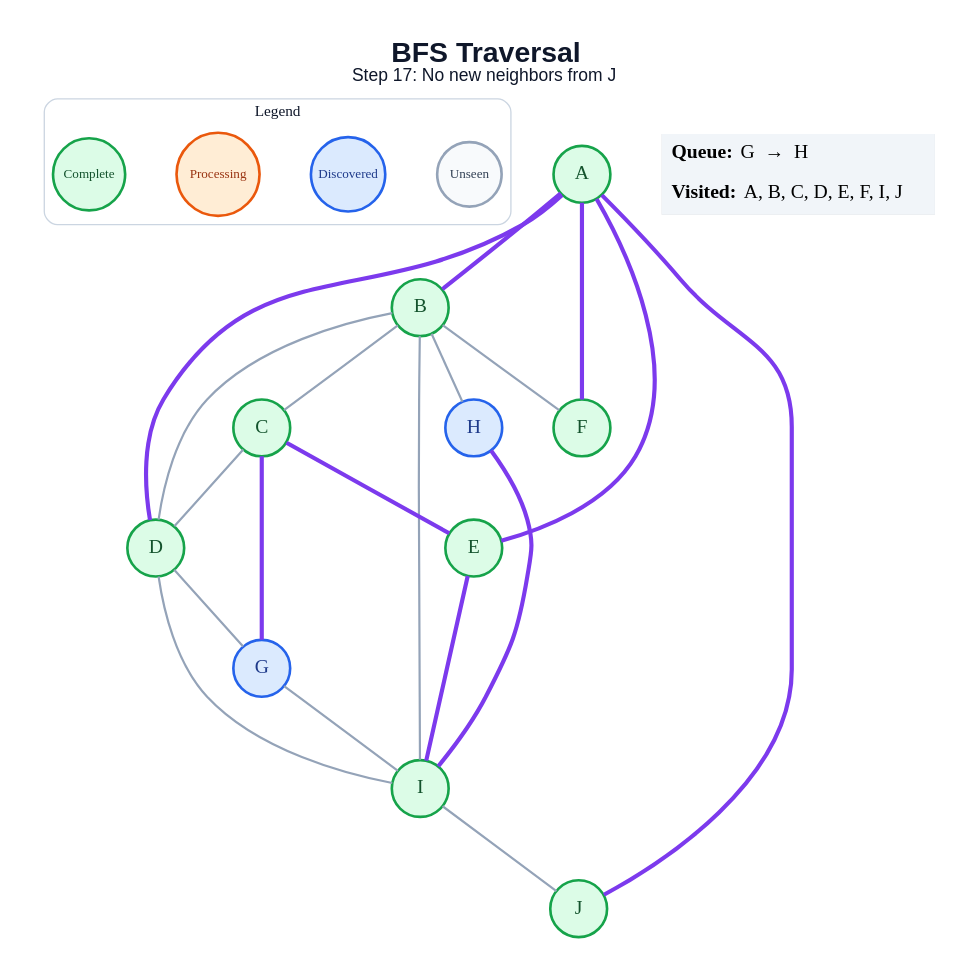
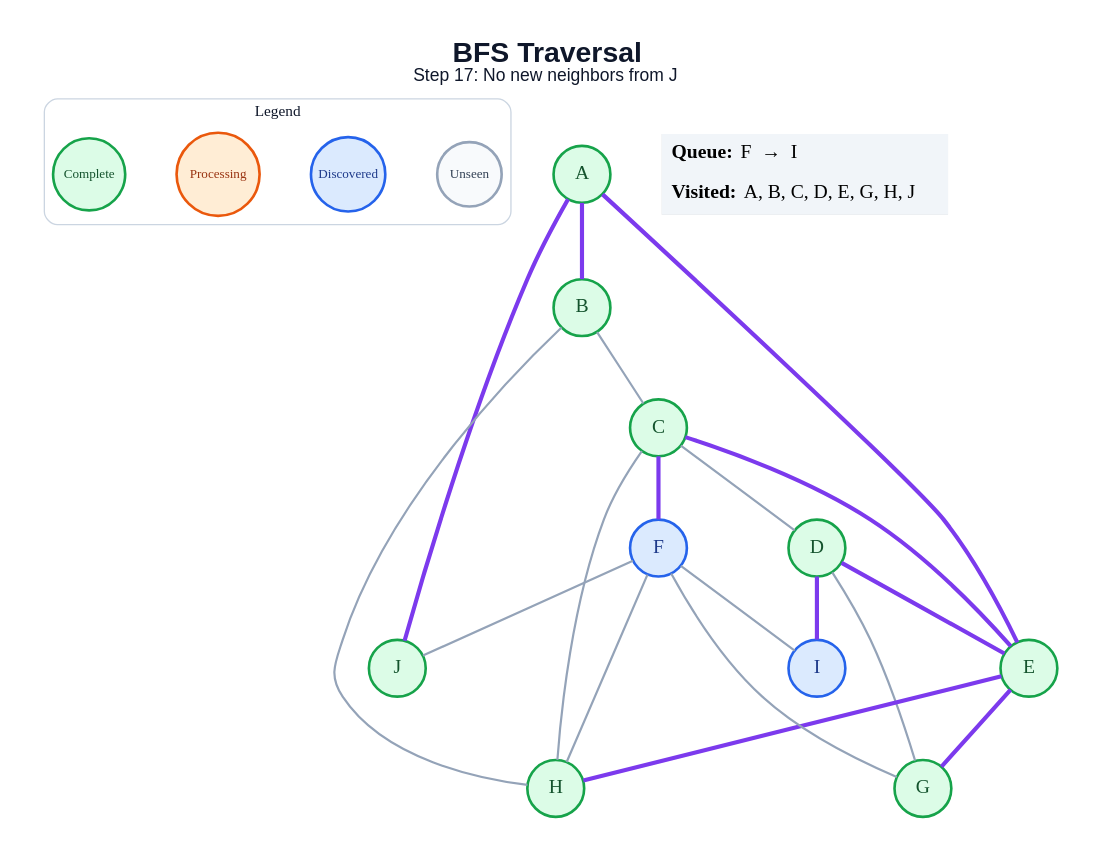
One commit to amanghodawala9/ai-slop changed the diagram in generated/specific-node/bfs/step_17.dot. Above: the diagram before and after it, drawn with Graphviz. The commit also changed 178 other files, not shown here.

```diff
--- a/generated/specific-node/bfs/step_17.dot
+++ b/generated/specific-node/bfs/step_17.dot
@@ -1,48 +1,47 @@
 graph traversal {
   graph [layout=dot, rankdir=TB, bgcolor="#FFFFFF", pad="0.35", nodesep="0.65", ranksep="0.8", fontname="Arial"];
   node [shape=circle, style="filled", fontname="Arial Bold", fontsize=18, width=0.72, fixedsize=true, penwidth=2.4];
   edge [color="#94A3B8", penwidth=2.0];
   label=<<B>BFS Traversal</B><BR/><FONT POINT-SIZE="16">Step 17: No new neighbors from J</FONT>>; labelloc="t"; fontsize=26; fontname="Arial"; fontcolor="#0F172A";
   subgraph cluster_legend { label="Legend"; color="#CBD5E1"; penwidth=1.2; style="rounded"; fontsize=14; fontname="Arial Bold";
     key_unseen [label="Unseen", fillcolor="#F8FAFC", color="#94A3B8", fontcolor="#334155", fontsize=12, width=0.82];
     key_frontier [label="Discovered", fillcolor="#DBEAFE", color="#2563EB", fontcolor="#1E3A8A", fontsize=12, width=0.95];
     key_current [label="Processing", fillcolor="#FFEDD5", color="#EA580C", fontcolor="#9A3412", fontsize=12, width=1.05];
     key_done [label="Complete", fillcolor="#DCFCE7", color="#16A34A", fontcolor="#14532D", fontsize=12, width=0.92];
     { rank=same; key_unseen; key_frontier; key_current; key_done; }
   }
   A [fillcolor="#DCFCE7", color="#16A34A", fontcolor="#14532D"];
   B [fillcolor="#DCFCE7", color="#16A34A", fontcolor="#14532D"];
   C [fillcolor="#DCFCE7", color="#16A34A", fontcolor="#14532D"];
   D [fillcolor="#DCFCE7", color="#16A34A", fontcolor="#14532D"];
   E [fillcolor="#DCFCE7", color="#16A34A", fontcolor="#14532D"];
-  F [fillcolor="#DCFCE7", color="#16A34A", fontcolor="#14532D"];
-  G [fillcolor="#DBEAFE", color="#2563EB", fontcolor="#1E3A8A"];
-  H [fillcolor="#DBEAFE", color="#2563EB", fontcolor="#1E3A8A"];
-  I [fillcolor="#DCFCE7", color="#16A34A", fontcolor="#14532D"];
+  F [fillcolor="#DBEAFE", color="#2563EB", fontcolor="#1E3A8A"];
+  G [fillcolor="#DCFCE7", color="#16A34A", fontcolor="#14532D"];
+  H [fillcolor="#DCFCE7", color="#16A34A", fontcolor="#14532D"];
+  I [fillcolor="#DBEAFE", color="#2563EB", fontcolor="#1E3A8A"];
   J [fillcolor="#DCFCE7", color="#16A34A", fontcolor="#14532D"];
   A -- B [color="#7C3AED", penwidth=3.8];
-  A -- D [color="#7C3AED", penwidth=3.8];
   A -- E [color="#7C3AED", penwidth=3.8];
-  A -- F [color="#7C3AED", penwidth=3.8];
   A -- J [color="#7C3AED", penwidth=3.8];
   B -- C;
-  B -- D;
-  B -- F;
   B -- H;
-  B -- I;
   C -- D;
   C -- E [color="#7C3AED", penwidth=3.8];
-  C -- G [color="#7C3AED", penwidth=3.8];
+  C -- F [color="#7C3AED", penwidth=3.8];
+  C -- H;
+  D -- E [color="#7C3AED", penwidth=3.8];
   D -- G;
-  D -- I;
-  E -- I [color="#7C3AED", penwidth=3.8];
-  G -- I;
-  H -- I [color="#7C3AED", penwidth=3.8];
-  I -- J;
+  D -- I [color="#7C3AED", penwidth=3.8];
+  E -- G [color="#7C3AED", penwidth=3.8];
+  E -- H [color="#7C3AED", penwidth=3.8];
+  F -- G;
+  F -- H;
+  F -- I;
+  F -- J;
   status [shape=plain, fixedsize=false, width=0, height=0, margin=0, label=<
     <TABLE BORDER="0" CELLBORDER="0" CELLPADDING="7" BGCOLOR="#F1F5F9">
-      <TR><TD ALIGN="LEFT"><B>Queue:</B> G  →  H</TD></TR>
-      <TR><TD ALIGN="LEFT"><B>Visited:</B> A, B, C, D, E, F, I, J</TD></TR>
+      <TR><TD ALIGN="LEFT"><B>Queue:</B> F  →  I</TD></TR>
+      <TR><TD ALIGN="LEFT"><B>Visited:</B> A, B, C, D, E, G, H, J</TD></TR>
     </TABLE>
   >];
 }
```
